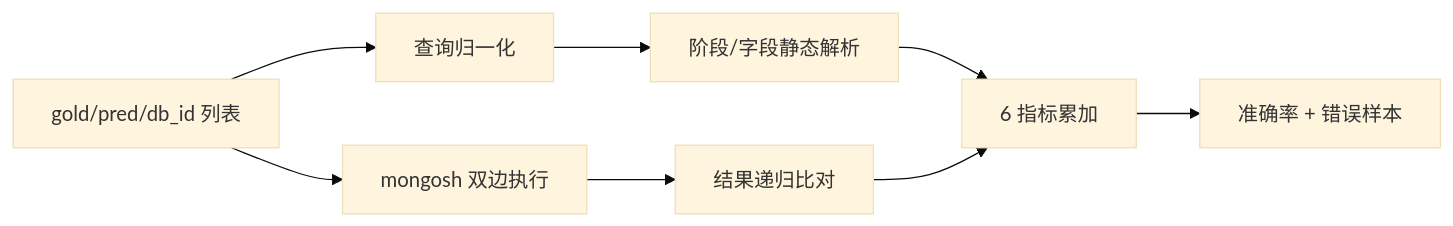
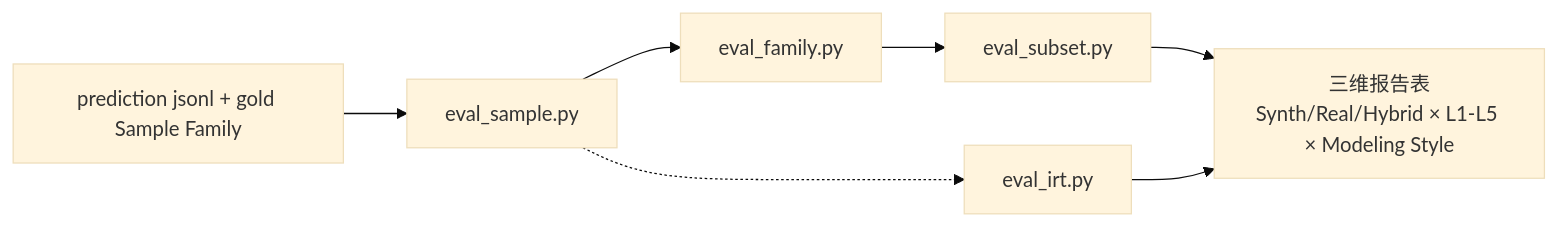
One commit to Jinwei-Lu/Text-to-NoSQL changed the diagram in proposals/04_evaluation_methodology.md. Above: the diagram before and after it, drawn with Mermaid (base theme). The commit also changed other lines of this file and 4 other files, not shown here.

````diff
--- a/proposals/04_evaluation_methodology.md
+++ b/proposals/04_evaluation_methodology.md
@@ -99,10 +327,9 @@
 ```mermaid
 flowchart LR
-    A[gold/pred/db_id 列表] --> B[查询归一化]
-    B --> C[阶段/字段静态解析]
-    A --> D[mongosh 双边执行]
-    D --> E[结果递归比对]
-    C --> F[6 指标累加]
-    E --> F
-    F --> G[准确率 + 错误样本]
+    P[prediction jsonl + gold Sample Family] --> S[eval_sample.py]
+    S --> F[eval_family.py]
+    F --> U[eval_subset.py]
+    S -.-> I[eval_irt.py]
+    U --> R[三维报告表<br/>Synth/Real/Hybrid × L1-L5 × Modeling Style]
+    I --> R
 ```
````
